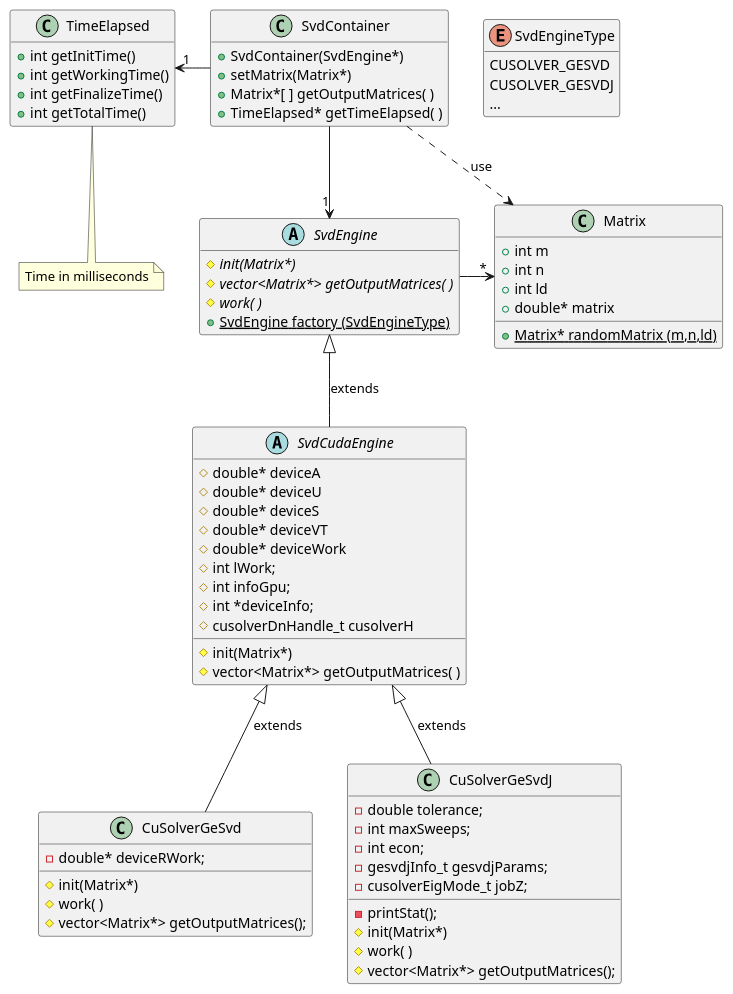
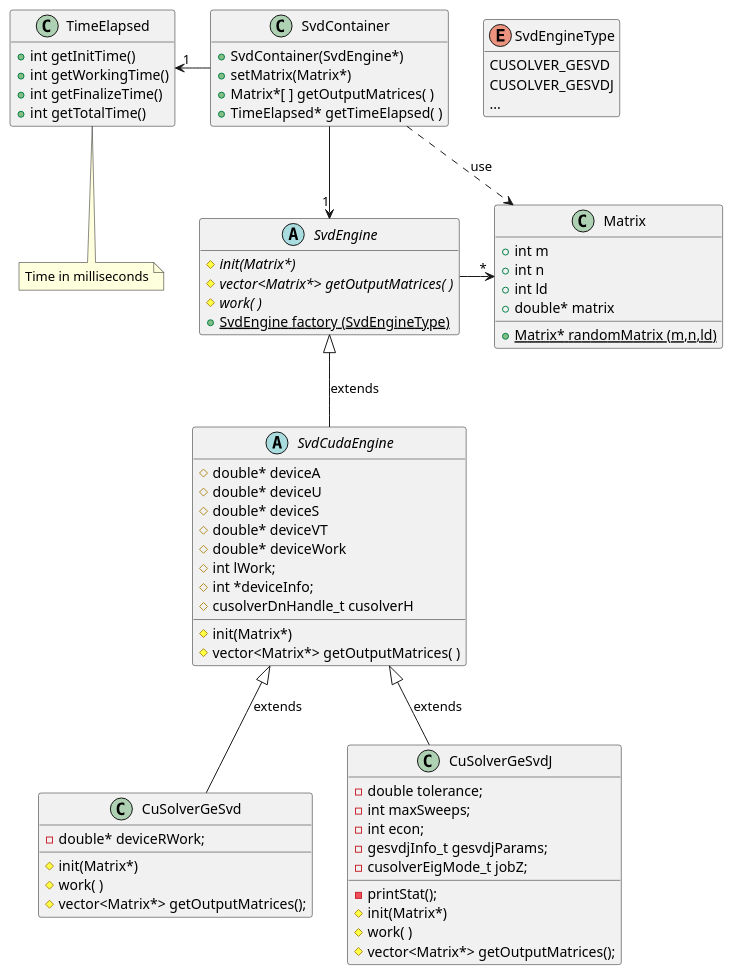
Before and after one commit to newfla/CUDA-K-SVD-Denoising: the diagram in uml/src/classDiagram.puml, drawn with PlantUML. The commit also changed 5 other files, not shown here.

```diff
--- a/uml/src/classDiagram.puml
+++ b/uml/src/classDiagram.puml
@@ -1,96 +1,95 @@
 @startuml diagrammaSVD
 
 class Matrix{
     + int m
     + int n
     + int ld
     + double* matrix
     {static} + Matrix* randomMatrix (m,n,ld)
 
 }
 
 abstract class SvdEngine{
     
     {abstract} # init(Matrix*)
     {abstract} # vector<Matrix*> getOutputMatrices( )
     {abstract} # work( )
     {static} + SvdEngine factory (SvdEngineType)
 }
 
 abstract class SvdCudaEngine{
 
     # double* deviceA
     # double* deviceU
     # double* deviceS
     # double* deviceVT
     # double* deviceWork
     # int lWork;
-    # int infoGpu;
     # int *deviceInfo;
     # cusolverDnHandle_t cusolverH
     
 
     #  init(Matrix*)
     #  vector<Matrix*> getOutputMatrices( )
 }
 
 enum SvdEngineType{
         CUSOLVER_GESVD
         CUSOLVER_GESVDJ
         ...
 }
 
 class CuSolverGeSvd{
 
     - double* deviceRWork;
 
     # init(Matrix*)
     # work( )
     # vector<Matrix*> getOutputMatrices();
 }
 
 class CuSolverGeSvdJ{
 
     - double tolerance;
     - int maxSweeps;
     - int econ;
     - gesvdjInfo_t gesvdjParams;
     - cusolverEigMode_t jobZ;
 
     - printStat();
     # init(Matrix*)
     # work( )
     # vector<Matrix*> getOutputMatrices();
 }
 
 
 class TimeElapsed{
     + int getInitTime()
     + int getWorkingTime()
     + int getFinalizeTime()
     + int getTotalTime()
 }
 
 note bottom: Time in milliseconds
 
 class SvdContainer{
     + SvdContainer(SvdEngine*)
     + setMatrix(Matrix*)
     + Matrix*[ ] getOutputMatrices( )
     + TimeElapsed* getTimeElapsed( )
 }
 
 SvdContainer ..>  Matrix : use
 SvdContainer --> "1" SvdEngine
 TimeElapsed "1" <- SvdContainer
 SvdEngine -> "*" Matrix
 SvdEngine <|-- SvdCudaEngine : extends
 SvdCudaEngine <|-- CuSolverGeSvdJ : extends
 SvdCudaEngine <|-- CuSolverGeSvd : extends
 
 hide SvdEngine fields
 hide TimeElapsed fields
 hide SvdContainer fields
 hide SvdEngineType methods
 
 @enduml
```
